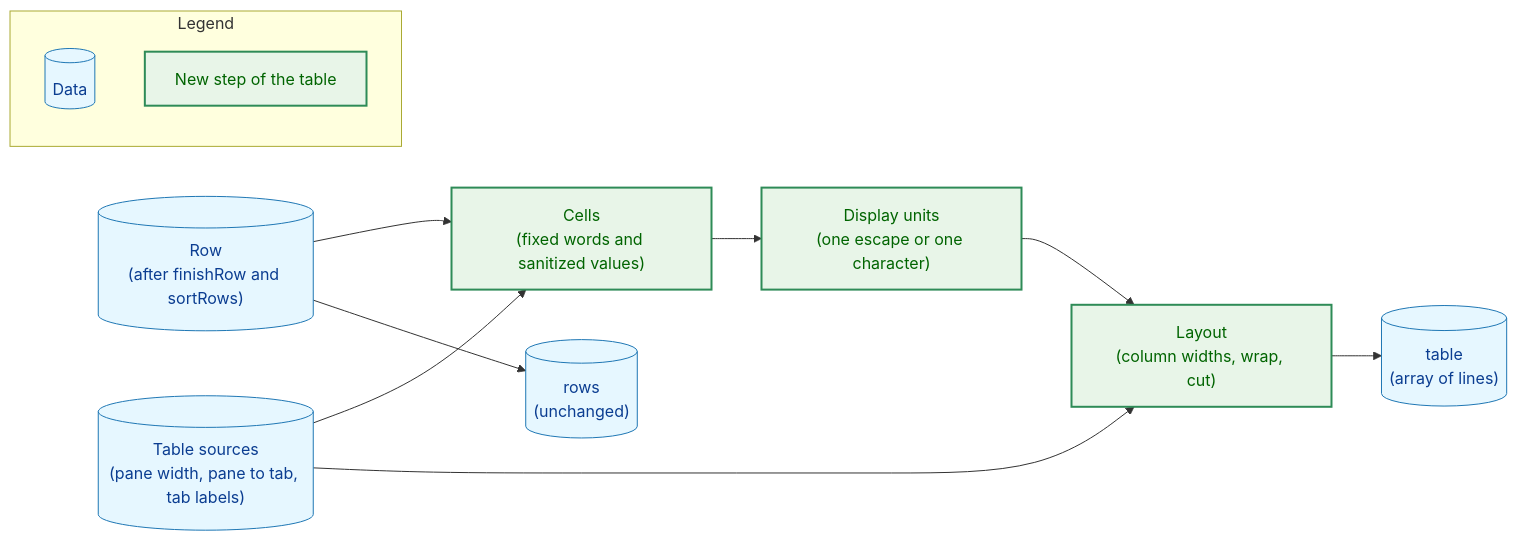
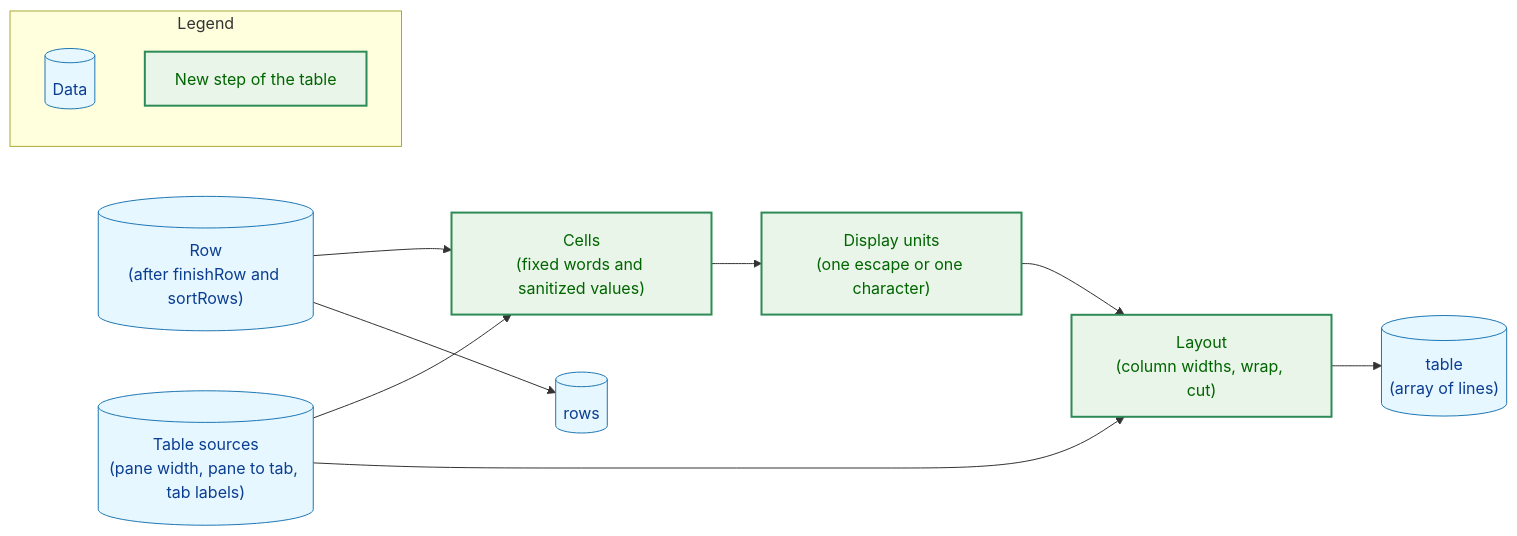
The first of 5 diagrams in docs/tasks/0102_chief_text_table/02_architecture.md (isseis/yt2column), drawn with Mermaid before and after one commit. The commit also changed other lines of this file and 1 other file, not shown here.

First line of the commit message:
docs(0102): address the review of the architecture

````diff
--- a/docs/tasks/0102_chief_text_table/02_architecture.md
+++ b/docs/tasks/0102_chief_text_table/02_architecture.md
@@ -61,30 +62,29 @@
 ```mermaid
 flowchart LR
     classDef data fill:#e6f7ff,stroke:#1f77b4,stroke-width:1px,color:#0b3d91;
-    classDef process fill:#fff1e6,stroke:#ff7f0e,stroke-width:1px,color:#8a3e00;
     classDef enhanced fill:#e8f5e8,stroke:#2e8b57,stroke-width:2px,color:#006400;
 
     ROWS[("Row<br>(after finishRow and sortRows)")]
     SRC[("Table sources<br>(pane width, pane to tab, tab labels)")]
     CELLS["Cells<br>(fixed words and sanitized values)"]
     UNITS["Display units<br>(one escape or one character)"]
     LAYOUT["Layout<br>(column widths, wrap, cut)"]
     TABLE[("table<br>(array of lines)")]
-    ROWOUT[("rows<br>(unchanged)")]
+    ROWOUT[("rows")]
 
     ROWS --> CELLS
     SRC --> CELLS
     SRC --> LAYOUT
     CELLS --> UNITS --> LAYOUT --> TABLE
     ROWS --> ROWOUT
 
     class ROWS,SRC,TABLE,ROWOUT data
     class CELLS,UNITS,LAYOUT enhanced
 
     subgraph Legend["Legend"]
         L1[("Data")]
         L2["New step of the table"]
     end
     class L1 data
     class L2 enhanced
 ```
````
